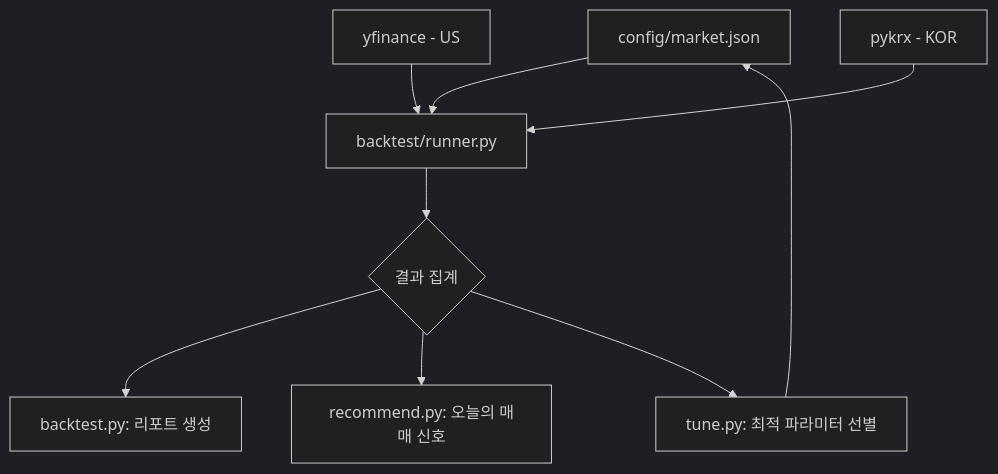
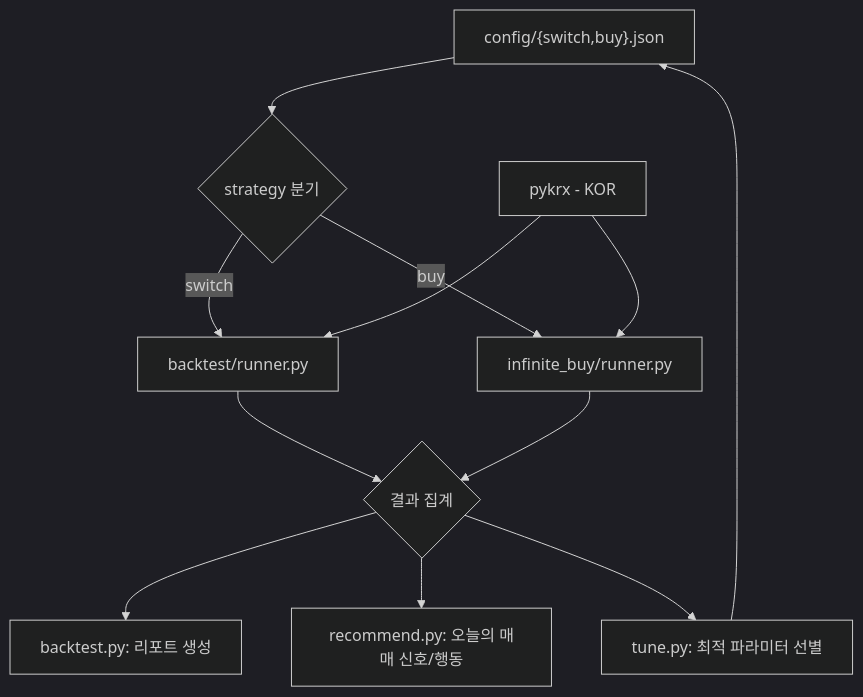
One commit to jasonisdoing/leverage-switching changed the diagram in docs/system_architecture.md. Above: the diagram before and after it, drawn with Mermaid (dark theme). The commit also changed other lines of this file and 17 other files, not shown here.

Commit message:
무한매수법(buy) 1단계 추가 및 switch/buy 전략 프로파일 구조로 전환 (us 제거)

````diff
--- a/docs/system_architecture.md
+++ b/docs/system_architecture.md
@@ -67,11 +73,14 @@
 ```mermaid
 graph TD
-    A[config/market.json] --> B[backtest/runner.py]
-    C1[yfinance - US] --> B
-    C2[pykrx - KOR] --> B
-    B --> D{결과 집계}
+    A["config/{switch,buy}.json"] --> B{strategy 분기}
+    B -->|switch| S[backtest/runner.py]
+    B -->|buy| K[infinite_buy/runner.py]
+    C2[pykrx - KOR] --> S
+    C2 --> K
+    S --> D{결과 집계}
+    K --> D
     D --> E[backtest.py: 리포트 생성]
-    D --> F[recommend.py: 오늘의 매매 신호]
+    D --> F[recommend.py: 오늘의 매매 신호/행동]
     D --> G[tune.py: 최적 파라미터 선별]
     G --> A
 ```
````
